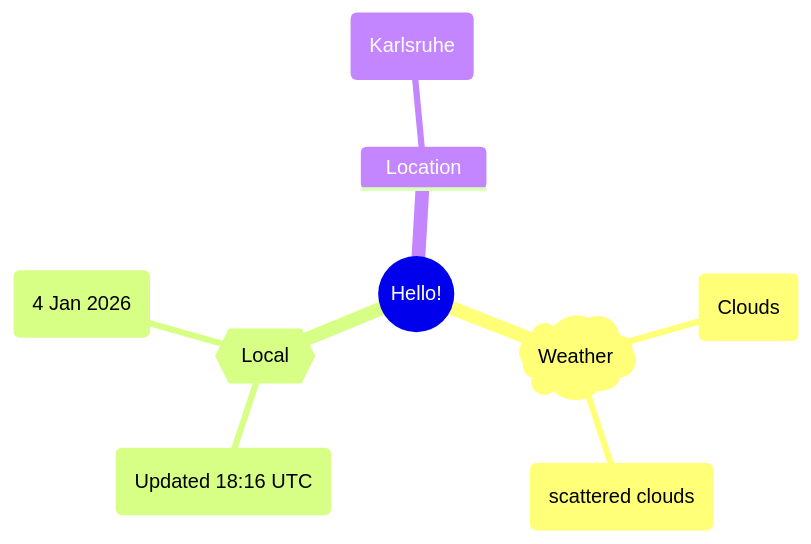
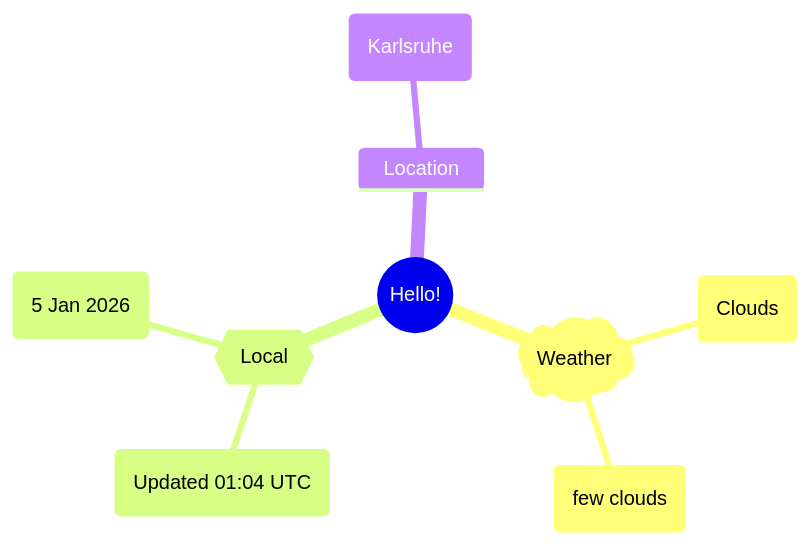
The first of 2 diagrams in README.md (Xosrov/Xosrov), drawn with Mermaid before and after one commit.

Commit message:
[bot] updated images

````diff
--- a/README.md
+++ b/README.md
@@ -3,12 +3,12 @@
 ```mermaid
 mindmap
   root((Hello!))
     )Weather(
         (Clouds)
-        (scattered clouds)
+        (few clouds)
     {{Local}}
-        (Updated 18:16 UTC)
-        (4 Jan 2026)
+        (Updated 01:04 UTC)
+        (5 Jan 2026)
     Location
         (Karlsruhe)
 ```
````
